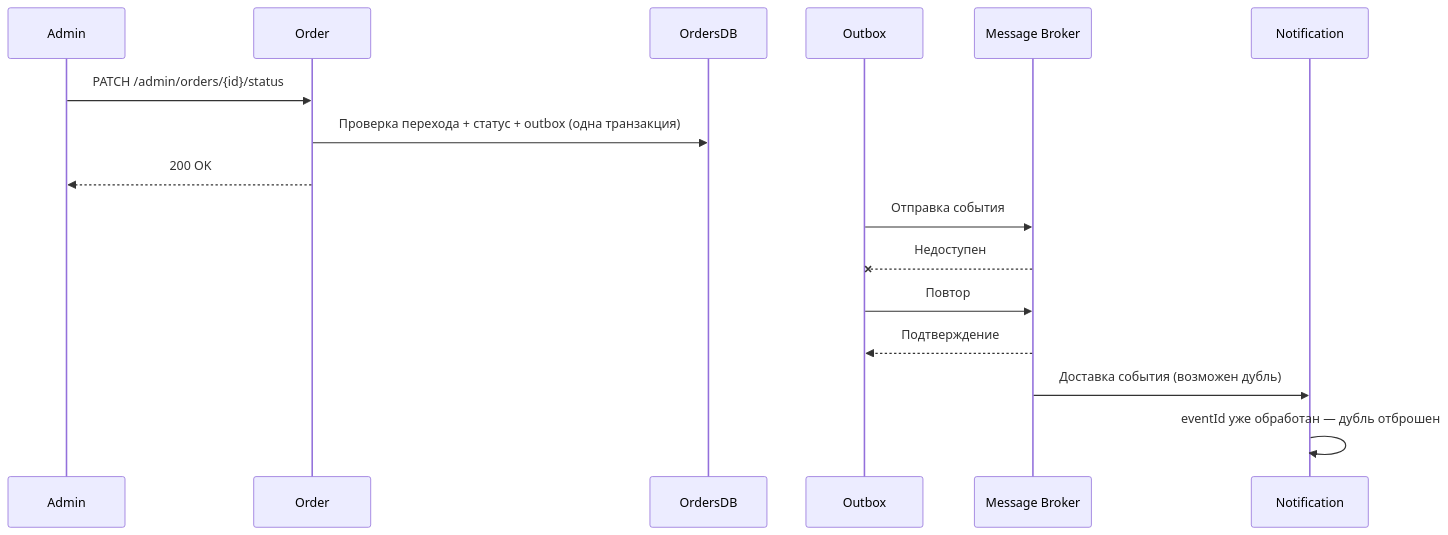
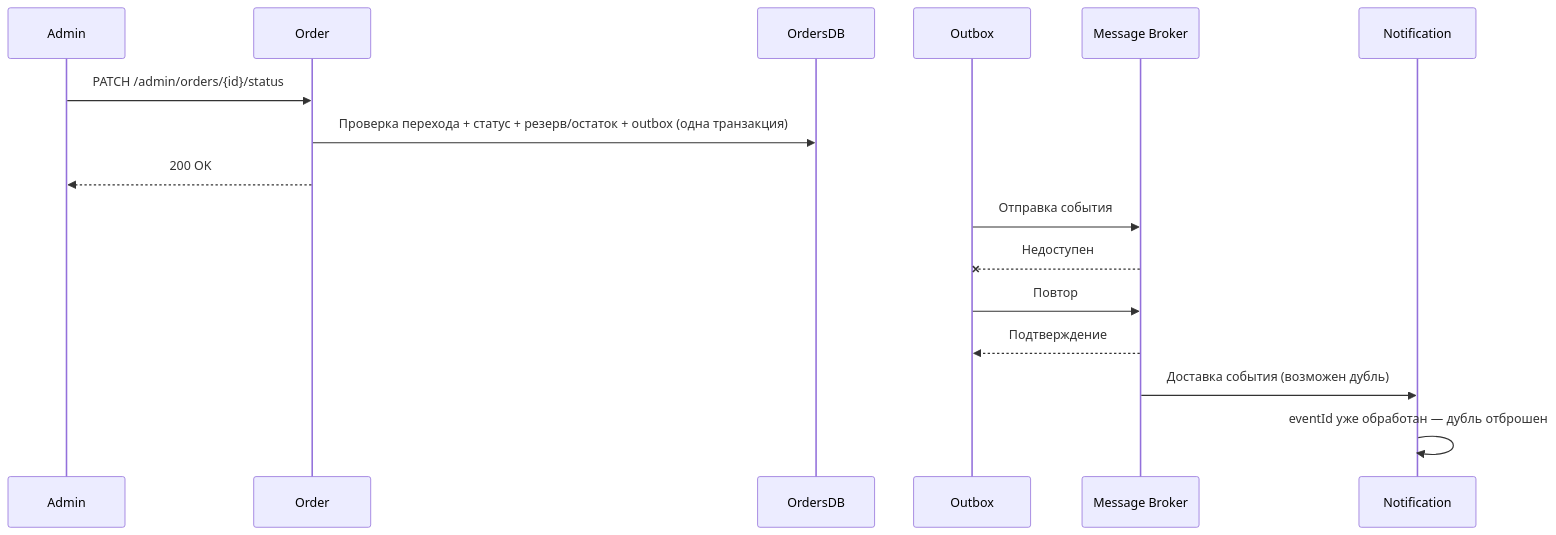
Before and after one commit to spbu-ds-practicum-2026/good_question: the ninth of 10 diagrams in docs/tr.md, drawn with Mermaid. The commit also changed other lines of this file, not shown here.

````diff
--- a/docs/tr.md
+++ b/docs/tr.md
@@ -359,19 +467,19 @@
 ```mermaid
 sequenceDiagram
   participant Admin
   participant Order
   participant OrdersDB
   participant Outbox
   participant Broker as Message Broker
   participant Notify as Notification
 
   Admin->>Order: PATCH /admin/orders/{id}/status
-  Order->>OrdersDB: Проверка перехода + статус + outbox (одна транзакция)
+  Order->>OrdersDB: Проверка перехода + статус + резерв/остаток + outbox (одна транзакция)
   Order-->>Admin: 200 OK
   Outbox->>Broker: Отправка события
   Broker--xOutbox: Недоступен
   Outbox->>Broker: Повтор
   Broker-->>Outbox: Подтверждение
   Broker->>Notify: Доставка события (возможен дубль)
   Notify->>Notify: eventId уже обработан — дубль отброшен
 ```
````
